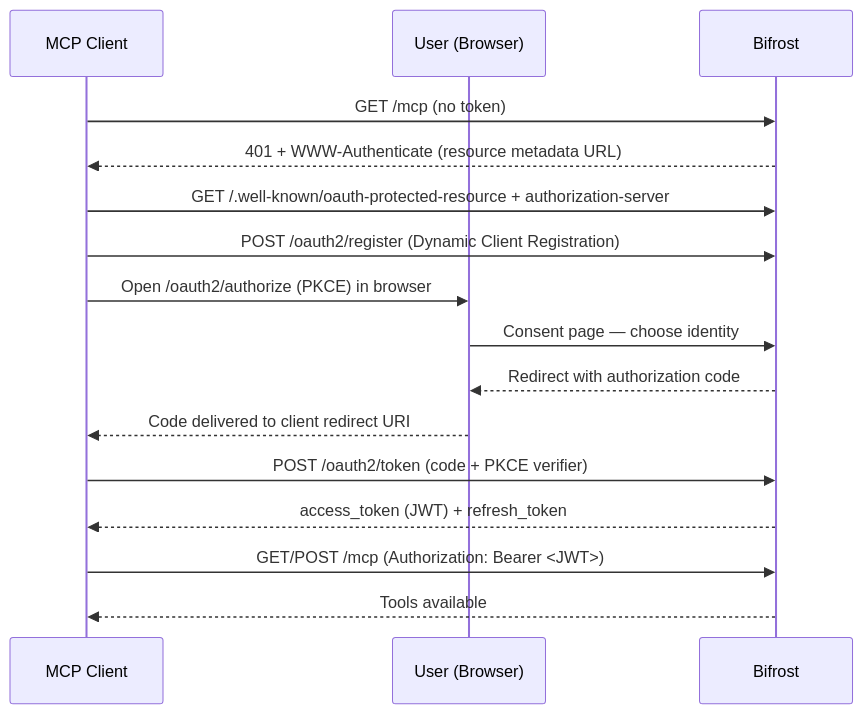
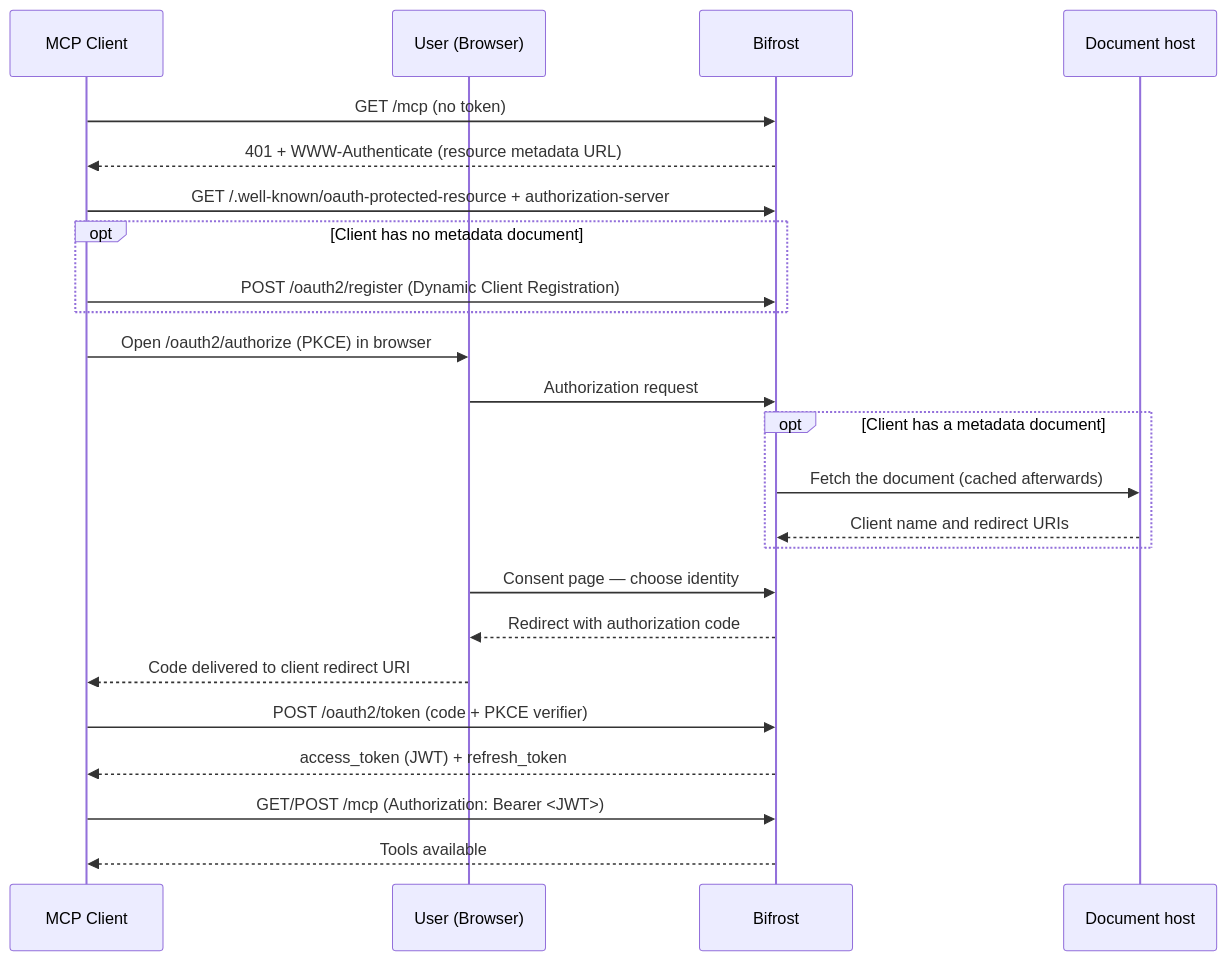
The diagram in docs/mcp/gateway-auth.mdx (maximhq/bifrost), drawn with Mermaid before and after one commit. The commit also changed other lines of this file and 8 other files, not shown here.

````diff
--- a/docs/mcp/gateway-auth.mdx
+++ b/docs/mcp/gateway-auth.mdx
@@ -52,19 +52,27 @@
 ```mermaid
 sequenceDiagram
     participant C as MCP Client
     participant U as User (Browser)
     participant B as Bifrost
+    participant D as Document host
 
     C->>B: GET /mcp (no token)
     B-->>C: 401 + WWW-Authenticate (resource metadata URL)
     C->>B: GET /.well-known/oauth-protected-resource + authorization-server
-    C->>B: POST /oauth2/register (Dynamic Client Registration)
+    opt Client has no metadata document
+        C->>B: POST /oauth2/register (Dynamic Client Registration)
+    end
     C->>U: Open /oauth2/authorize (PKCE) in browser
+    U->>B: Authorization request
+    opt Client has a metadata document
+        B->>D: Fetch the document (cached afterwards)
+        D-->>B: Client name and redirect URIs
+    end
     U->>B: Consent page — choose identity
     B-->>U: Redirect with authorization code
     U-->>C: Code delivered to client redirect URI
     C->>B: POST /oauth2/token (code + PKCE verifier)
     B-->>C: access_token (JWT) + refresh_token
     C->>B: GET/POST /mcp (Authorization: Bearer <JWT>)
     B-->>C: Tools available
 ```
````
